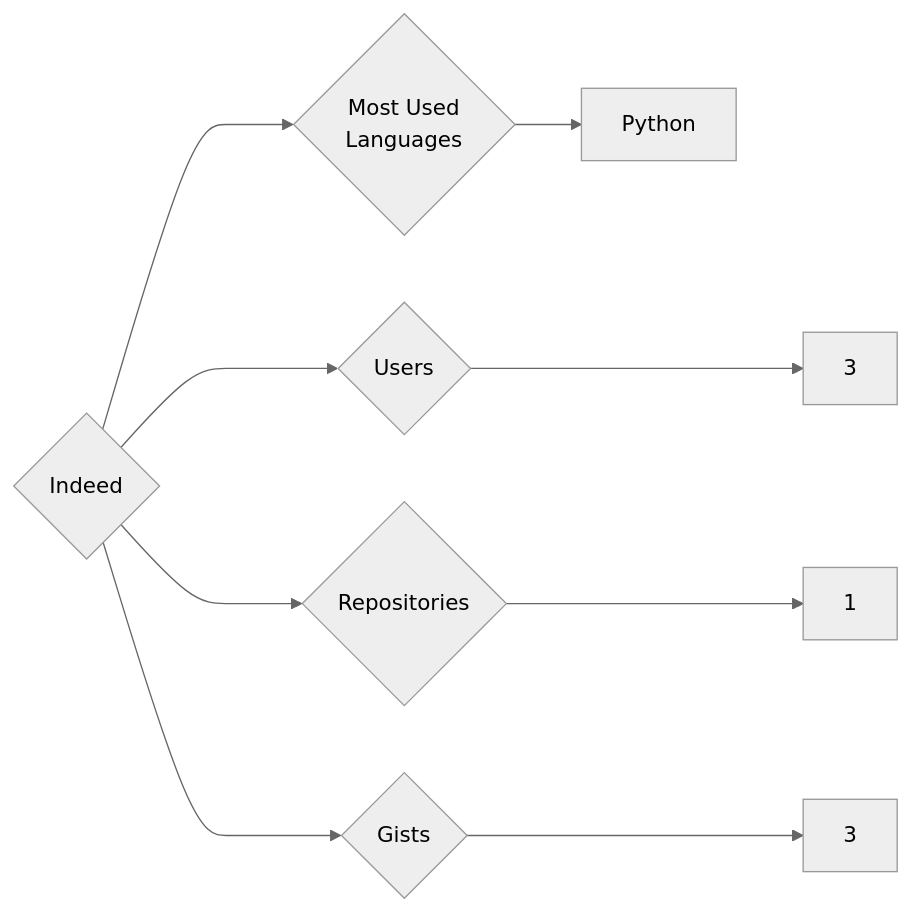
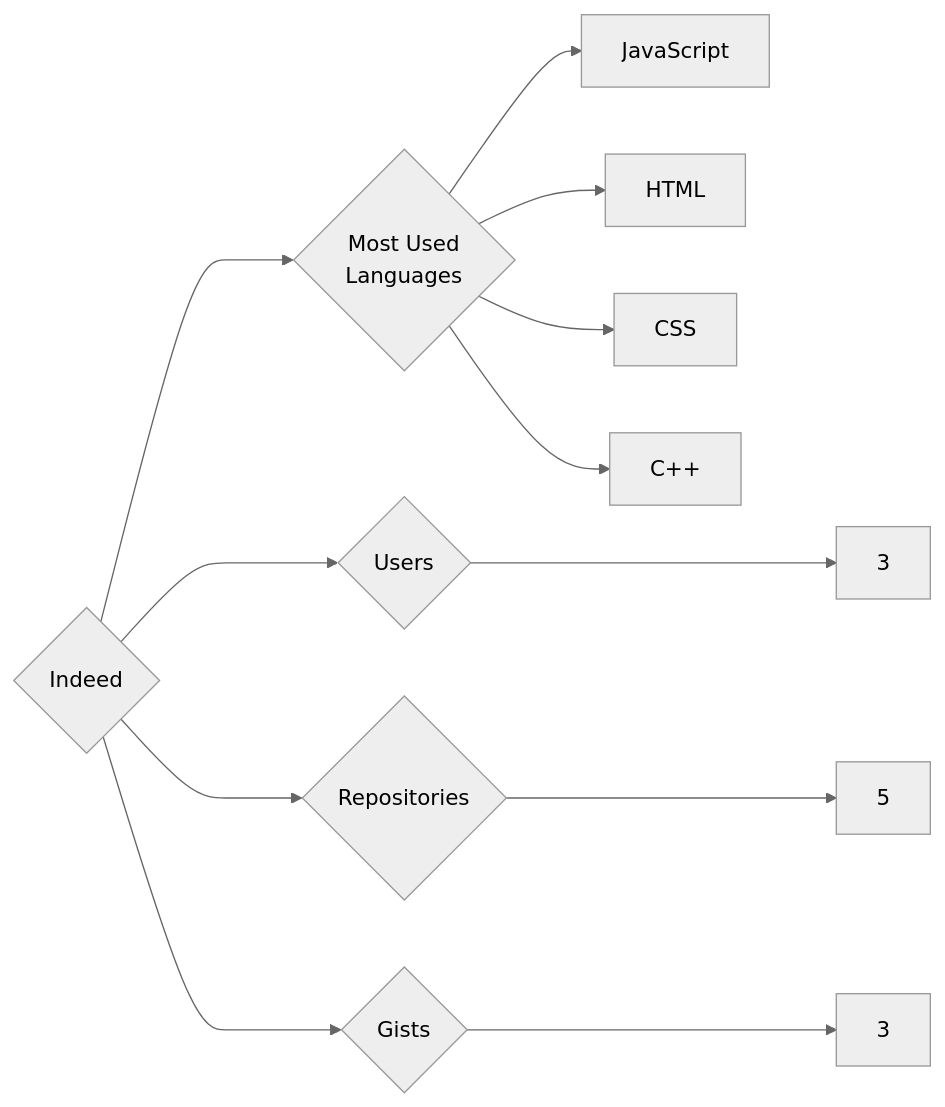
Before and after one commit to trickest/insiders: the diagram in targets/Indeed/README.md, drawn with Mermaid (neutral theme). The commit also changed 1092 other files, not shown here.

````diff
--- a/targets/Indeed/README.md
+++ b/targets/Indeed/README.md
@@ -3,9 +3,12 @@
 ```mermaid
 graph LR
 COMPANY_NAME{Indeed}
 COMPANY_NAME ---> U{Users} ---> UN[3]
-COMPANY_NAME ---> R{Repositories} ---> RN[1]
+COMPANY_NAME ---> R{Repositories} ---> RN[5]
 COMPANY_NAME ---> G{Gists} ---> GN[3]
 COMPANY_NAME ---> ML{Most Used<br>Languages}
-ML --> Python[Python]
+ML --> JavaScript[JavaScript]
+ML --> HTML[HTML]
+ML --> CSS[CSS]
+ML --> C++[C++]
 ```
````
